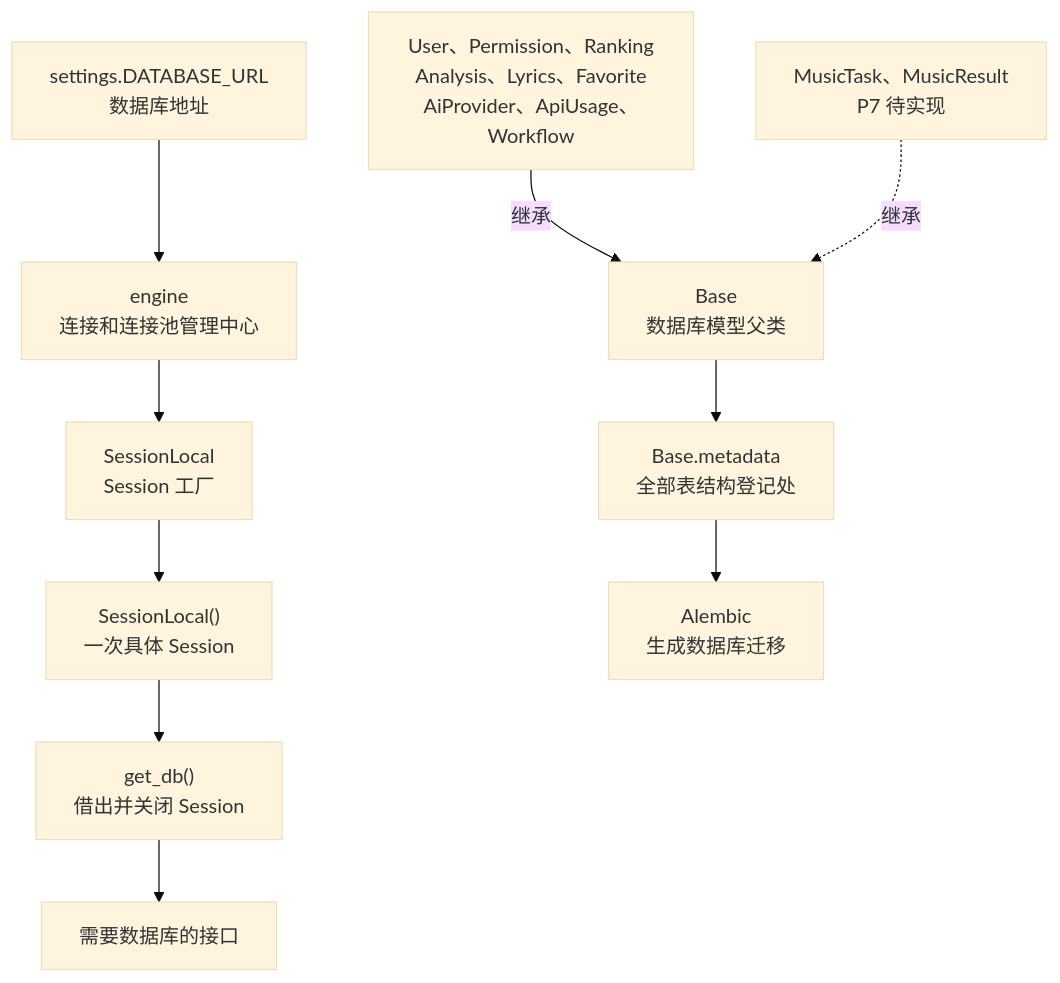
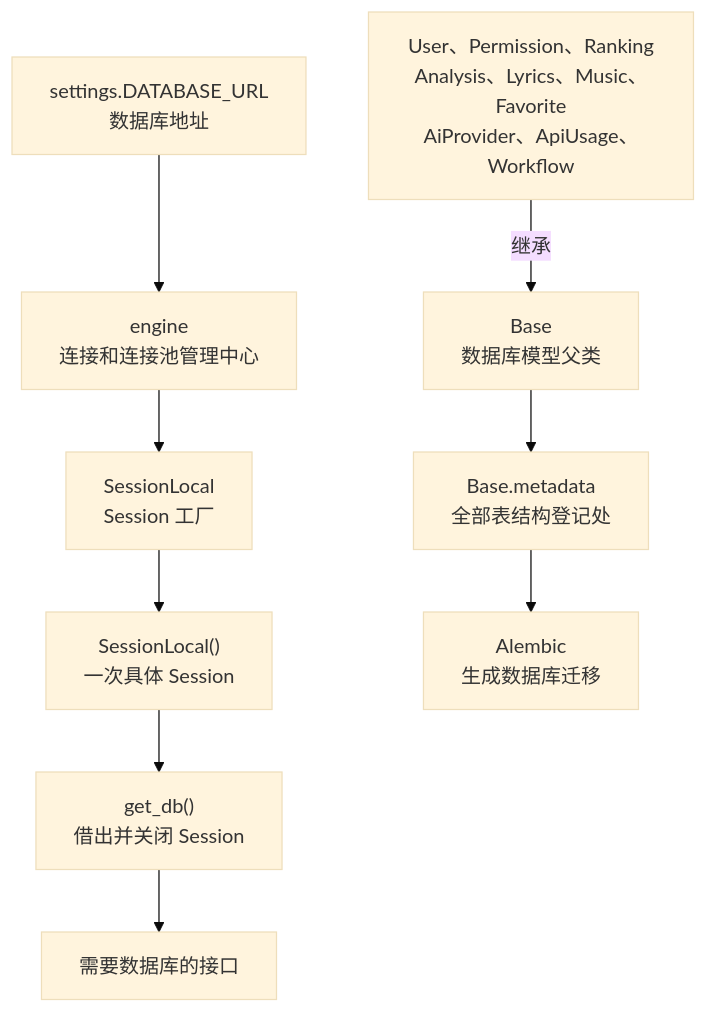
One commit to sunjiaxing520/SunJX changed the sixth of 10 diagrams in projects/blue-music-platform/项目知识图谱.md. Above: the diagram before and after it, drawn with Mermaid (base theme). The commit also changed other lines of this file and 42 other files, not shown here.

Commit message:
Add Suno music workflow and stabilize analysis refresh

````diff
--- a/projects/blue-music-platform/项目知识图谱.md
+++ b/projects/blue-music-platform/项目知识图谱.md
@@ -154,24 +154,22 @@
 ```mermaid
 flowchart TD
     URL["settings.DATABASE_URL<br/>数据库地址"]
     Engine["engine<br/>连接和连接池管理中心"]
     Factory["SessionLocal<br/>Session 工厂"]
     Session["SessionLocal()<br/>一次具体 Session"]
     GetDB["get_db()<br/>借出并关闭 Session"]
     Route["需要数据库的接口"]
     Base["Base<br/>数据库模型父类"]
     Metadata["Base.metadata<br/>全部表结构登记处"]
-    CurrentModels["User、Permission、Ranking<br/>Analysis、Lyrics、Favorite<br/>AiProvider、ApiUsage、Workflow"]
-    FutureModels["MusicTask、MusicResult<br/>P7 待实现"]
+    CurrentModels["User、Permission、Ranking<br/>Analysis、Lyrics、Music、Favorite<br/>AiProvider、ApiUsage、Workflow"]
     Alembic["Alembic<br/>生成数据库迁移"]
 
     URL --> Engine
     Engine --> Factory
     Factory --> Session
     Session --> GetDB
     GetDB --> Route
     Base --> Metadata
     CurrentModels -->|继承| Base
-    FutureModels -.->|继承| Base
     Metadata --> Alembic
 ```
````
